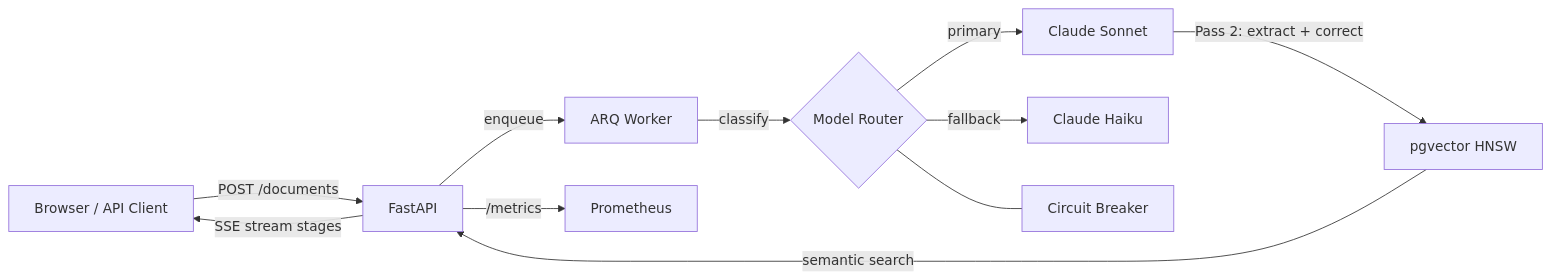
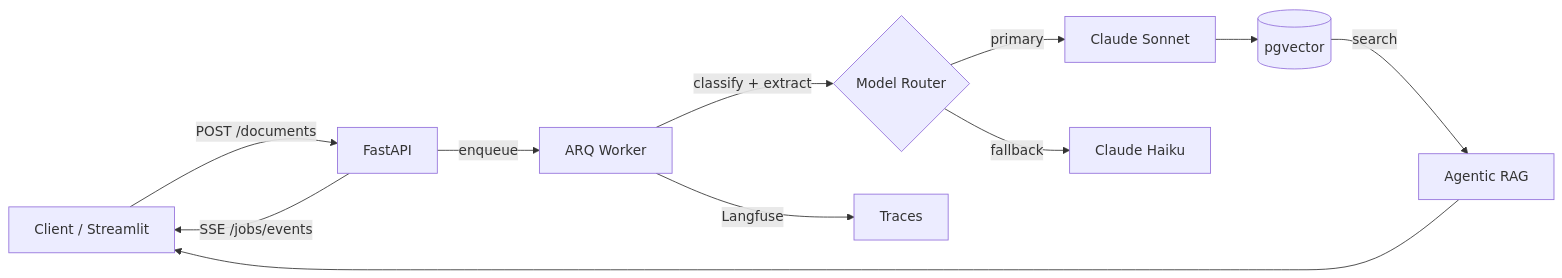
One commit to ChunkyTortoise/docextract changed the diagram in README.md. Above: the diagram before and after it, drawn with Mermaid. The commit also changed other lines of this file and 42 other files, not shown here.

````diff
--- a/README.md
+++ b/README.md
@@ -63,13 +74,13 @@
 ```mermaid
 graph LR
-  A[Browser / API Client] -->|POST /documents| B[FastAPI]
+  A[Client / Streamlit] -->|POST /documents| B[FastAPI]
   B -->|enqueue| C[ARQ Worker]
-  C -->|classify| D{Model Router}
+  C -->|classify + extract| D{Model Router}
   D -->|primary| E[Claude Sonnet]
   D -->|fallback| F[Claude Haiku]
-  E -->|Pass 2: extract + correct| G[pgvector HNSW]
-  B -->|SSE stream stages| A
-  G -->|semantic search| B
-  B -->|/metrics| H[Prometheus]
-  D --- I[Circuit Breaker]
+  E --> G[(pgvector)]
+  G -->|search| H[Agentic RAG]
+  H --> A
+  C -->|Langfuse| I[Traces]
+  B -->|SSE /jobs/events| A
 ```
````
